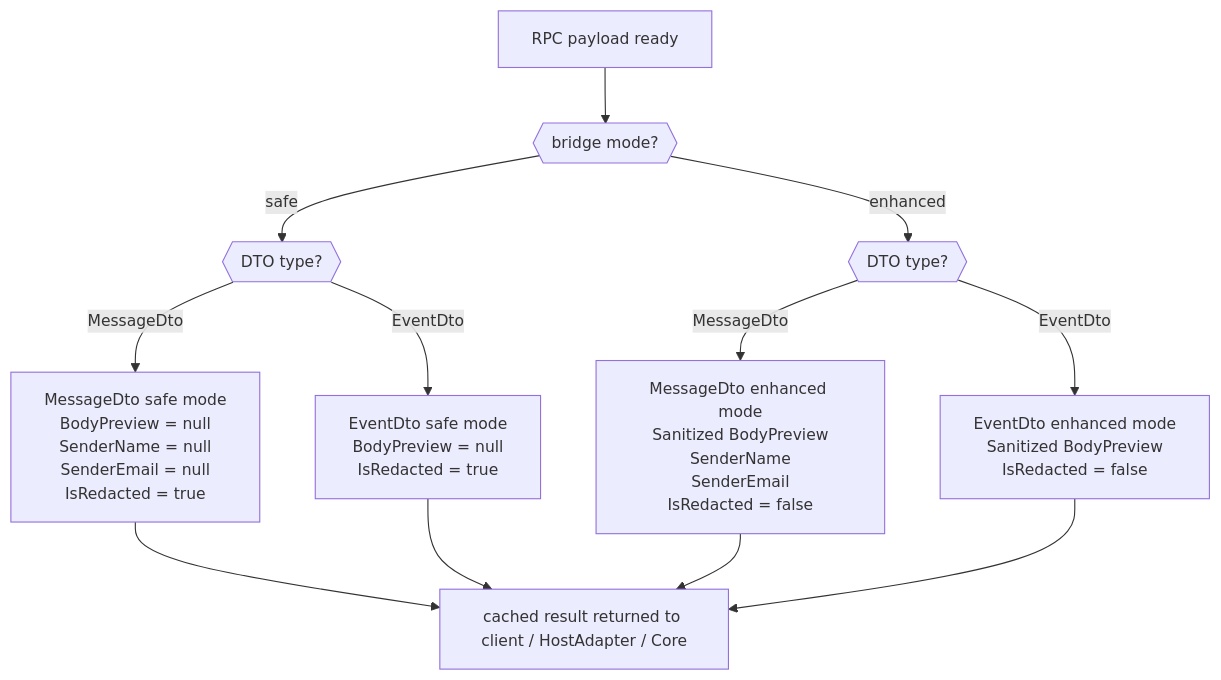
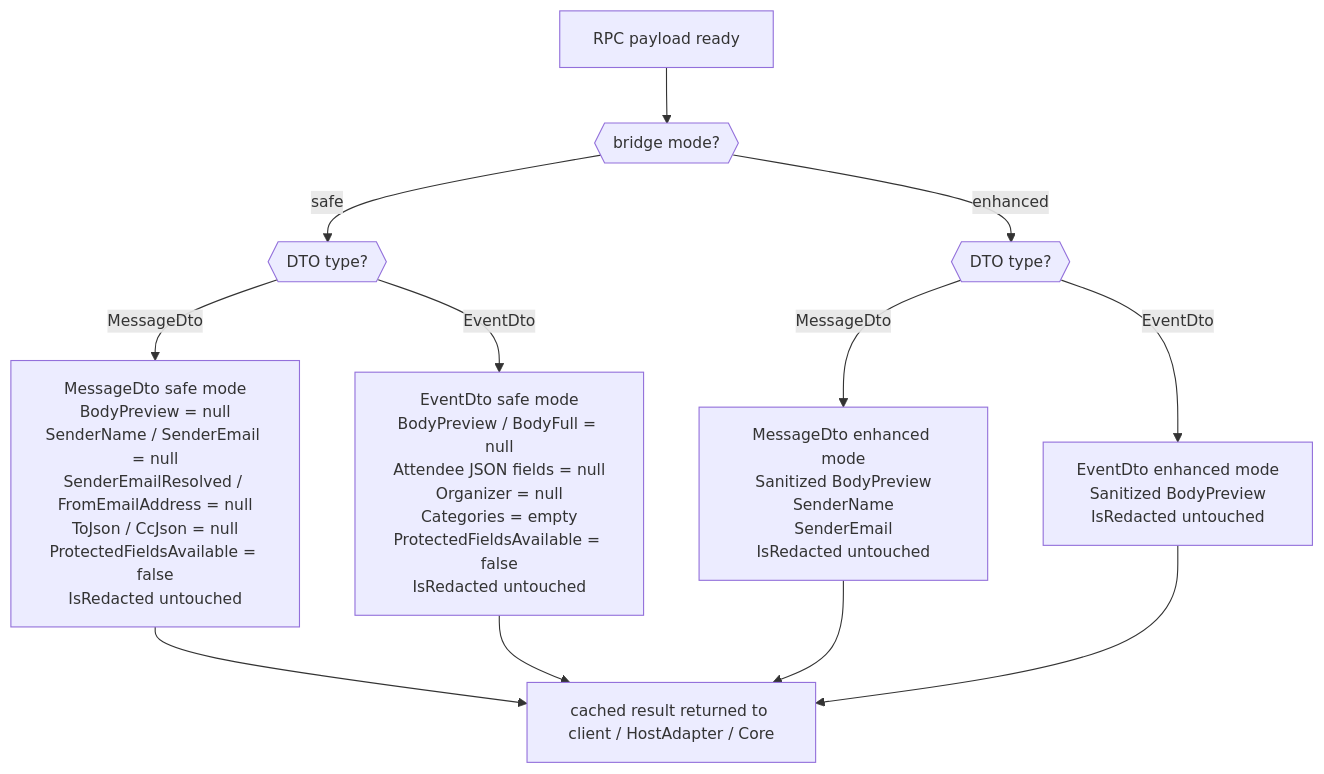
One commit to drmoisan/open-claw-bridge changed the eighth of 12 diagrams in docs/architecture-diagrams.md. Above: the diagram before and after it, drawn with Mermaid. The commit also changed other lines of this file and 39 other files, not shown here.

````diff
--- a/docs/architecture-diagrams.md
+++ b/docs/architecture-diagrams.md
@@ -311,26 +311,26 @@
 ```mermaid
 %%{init: {"themeVariables": {"fontSize": "14px"}}}%%
 flowchart TD
     REQ["RPC payload ready"]
     MODE{{"bridge mode?"}}
     TYPE{{"DTO type?"}}
     TYPE2{{"DTO type?"}}
 
-    SAFE_MSG["MessageDto safe mode<br/>BodyPreview = null<br/>SenderName = null<br/>SenderEmail = null<br/>IsRedacted = true"]
-    SAFE_EVT["EventDto safe mode<br/>BodyPreview = null<br/>IsRedacted = true"]
-    ENH_MSG["MessageDto enhanced mode<br/>Sanitized BodyPreview<br/>SenderName<br/>SenderEmail<br/>IsRedacted = false"]
-    ENH_EVT["EventDto enhanced mode<br/>Sanitized BodyPreview<br/>IsRedacted = false"]
+    SAFE_MSG["MessageDto safe mode<br/>BodyPreview = null<br/>SenderName / SenderEmail = null<br/>SenderEmailResolved / FromEmailAddress = null<br/>ToJson / CcJson = null<br/>ProtectedFieldsAvailable = false<br/>IsRedacted untouched"]
+    SAFE_EVT["EventDto safe mode<br/>BodyPreview / BodyFull = null<br/>Attendee JSON fields = null<br/>Organizer = null<br/>Categories = empty<br/>ProtectedFieldsAvailable = false<br/>IsRedacted untouched"]
+    ENH_MSG["MessageDto enhanced mode<br/>Sanitized BodyPreview<br/>SenderName<br/>SenderEmail<br/>IsRedacted untouched"]
+    ENH_EVT["EventDto enhanced mode<br/>Sanitized BodyPreview<br/>IsRedacted untouched"]
     OUT["cached result returned to client / HostAdapter / Core"]
 
     REQ --> MODE
     MODE -- "safe" --> TYPE
     MODE -- "enhanced" --> TYPE2
     TYPE -- "MessageDto" --> SAFE_MSG
     TYPE -- "EventDto" --> SAFE_EVT
     TYPE2 -- "MessageDto" --> ENH_MSG
     TYPE2 -- "EventDto" --> ENH_EVT
     SAFE_MSG --> OUT
     SAFE_EVT --> OUT
     ENH_MSG --> OUT
     ENH_EVT --> OUT
 ```
````
